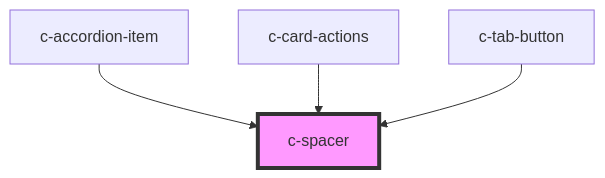
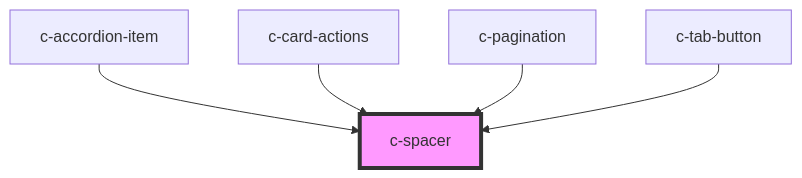
The diagram in src/components/spacer/readme.md (hannyle/csc-ui), drawn with Mermaid before and after one commit. The commit also changed other lines of this file and 23 other files, not shown here.

````diff
--- a/src/components/spacer/readme.md
+++ b/src/components/spacer/readme.md
@@ -17,7 +18,8 @@
 ```mermaid
 graph TD;
   c-accordion-item --> c-spacer
   c-card-actions --> c-spacer
+  c-pagination --> c-spacer
   c-tab-button --> c-spacer
   style c-spacer fill:#f9f,stroke:#333,stroke-width:4px
 ```
````
